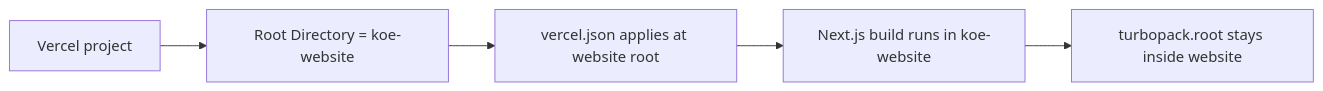
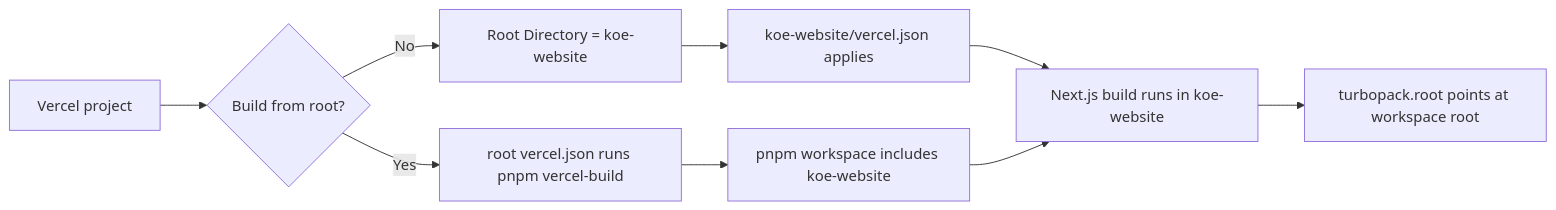
The diagram in docs/features/VercelWebsiteDeployment.md (JStaRFilms/Koe), drawn with Mermaid before and after one commit. The commit also changed other lines of this file and 8 other files, not shown here.

First line of the commit message:
build(website): configure Vercel deployment for monorepo layout

````diff
--- a/docs/features/VercelWebsiteDeployment.md
+++ b/docs/features/VercelWebsiteDeployment.md
@@ -20,7 +27,11 @@
 ```mermaid
 flowchart LR
-    A[Vercel project] --> B[Root Directory = koe-website]
-    B --> C[vercel.json applies at website root]
-    C --> D[Next.js build runs in koe-website]
-    D --> E[turbopack.root stays inside website]
+    A[Vercel project] --> B{"Build from root?"}
+    B -->|No| C[Root Directory = koe-website]
+    C --> D[koe-website/vercel.json applies]
+    B -->|Yes| E[root vercel.json runs pnpm vercel-build]
+    E --> F[pnpm workspace includes koe-website]
+    D --> G[Next.js build runs in koe-website]
+    F --> G
+    G --> H[turbopack.root points at workspace root]
 ```
````
